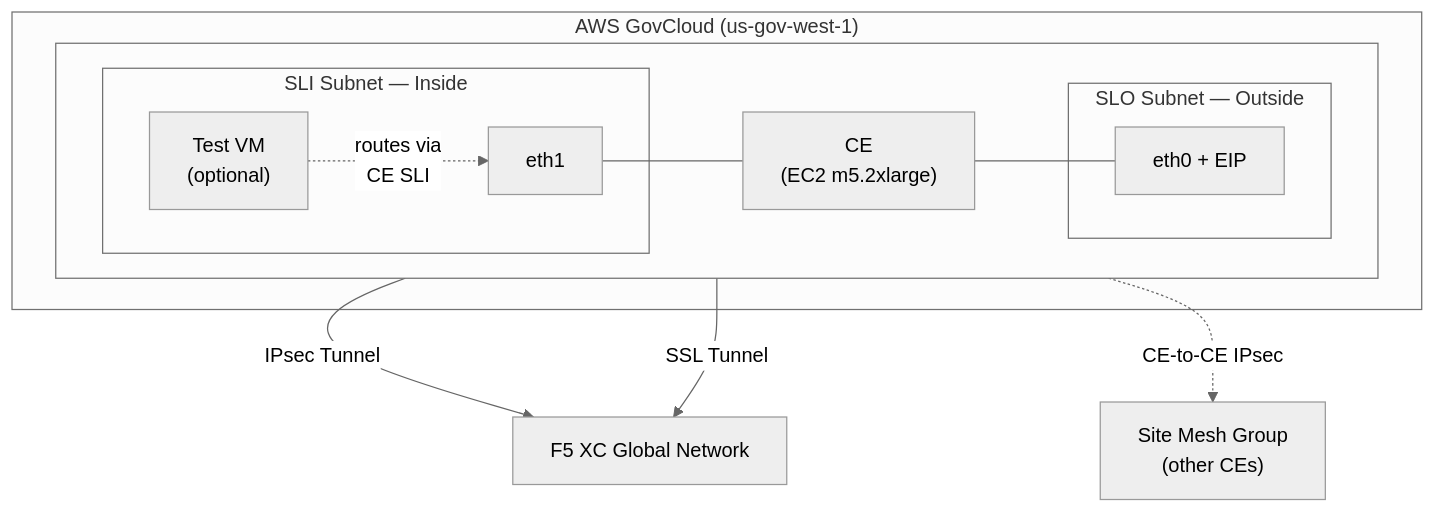
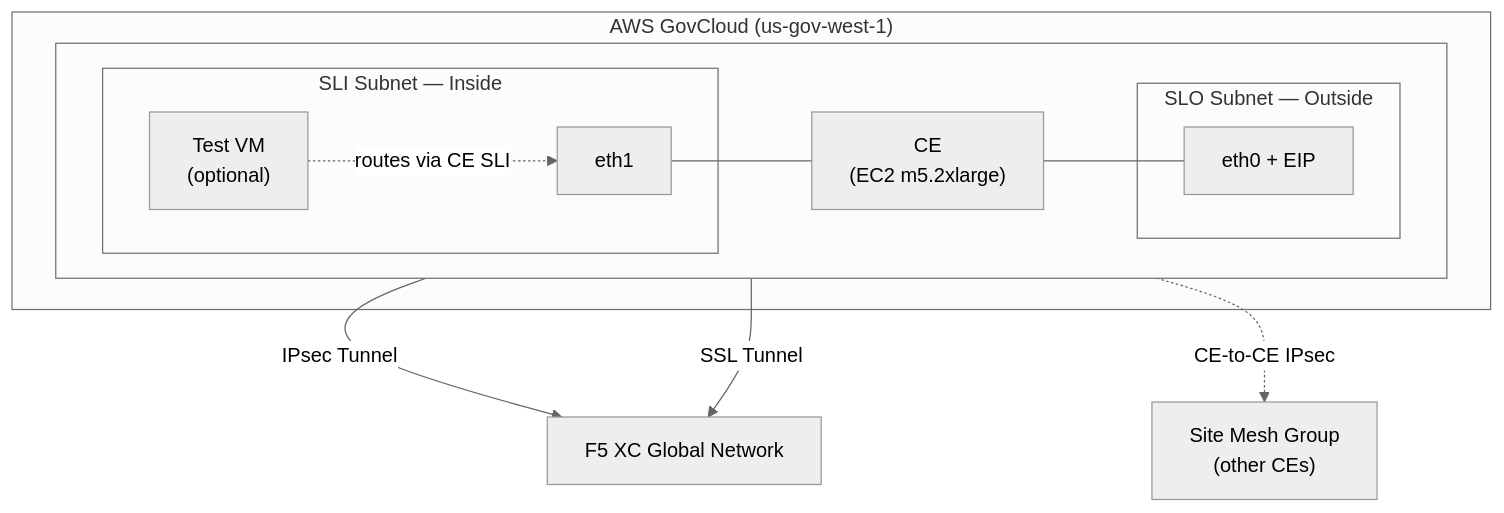
Before and after one commit to Mikej81/xc-ce-aws-gov-tf: the first of 2 diagrams in README.md, drawn with Mermaid (neutral theme).

Commit message:
diagram test 4

````diff
--- a/README.md
+++ b/README.md
@@ -7,24 +7,24 @@
 ```mermaid
 graph TD
     subgraph AWS["AWS GovCloud (us-gov-west-1)"]
         subgraph VPC[" "]
             direction LR
             subgraph SLI["SLI Subnet — Inside"]
-                VM["Test VM\n(optional)"]
+                VM["Test VM<br/>(optional)"]
                 ETH1["eth1"]
             end
-            CE["CE\n(EC2 m5.2xlarge)"]
+            CE["CE<br/>(EC2 m5.2xlarge)"]
             subgraph SLO["SLO Subnet — Outside"]
                 ETH0["eth0 + EIP"]
             end
         end
     end
 
-    VM -. "routes via\nCE SLI" .-> ETH1
+    VM -. "routes via CE SLI" .-> ETH1
     ETH1 --- CE
     CE --- ETH0
 
     ETH0 -- "IPsec Tunnel" --> XC["F5 XC Global Network"]
     ETH0 -- "SSL Tunnel" --> XC
-    ETH0 -. "CE-to-CE IPsec" .-> SMG["Site Mesh Group\n(other CEs)"]
+    ETH0 -. "CE-to-CE IPsec" .-> SMG["Site Mesh Group<br/>(other CEs)"]
 ```
````
